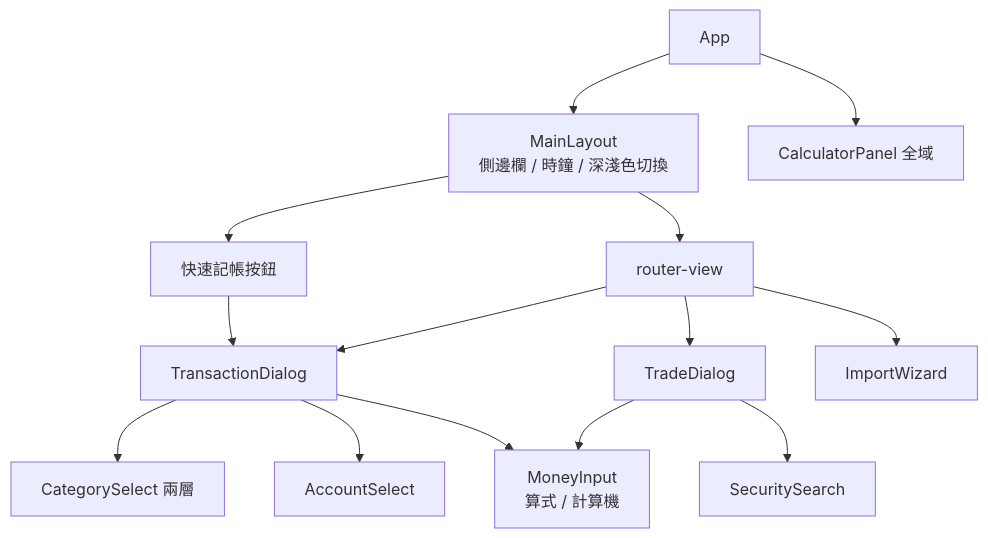
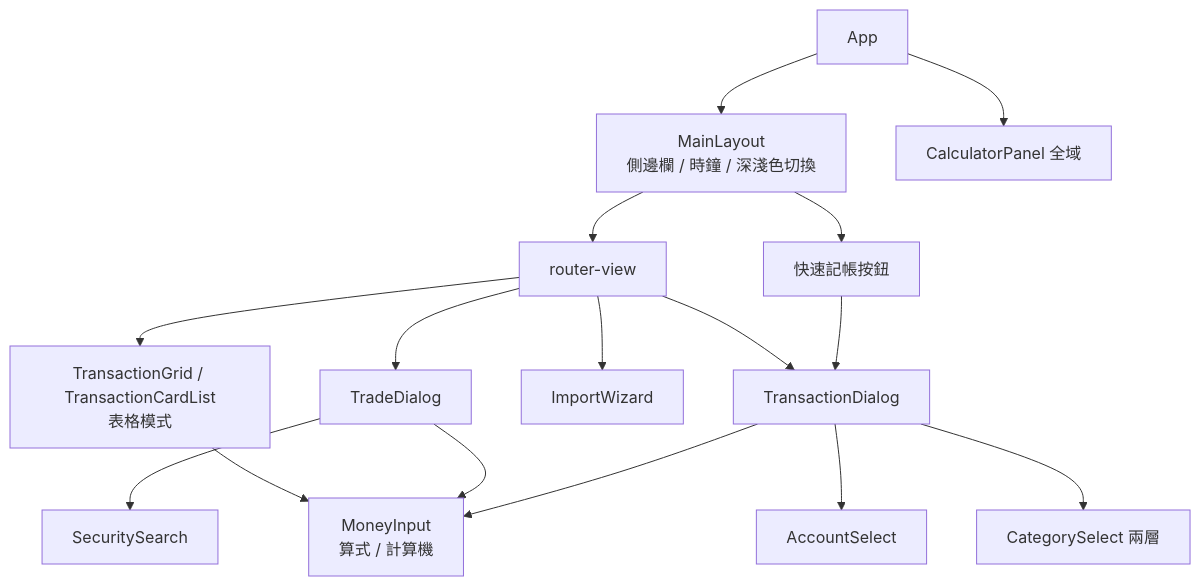
Before and after one commit to alexsuze/do-accounts: the sixth of 6 diagrams in docs/SD.md, drawn with Mermaid. The commit also changed other lines of this file and 1 other file, not shown here.

First line of the commit message:
docs: 新增多筆編輯（表格模式）需求與設計

````diff
--- a/docs/SD.md
+++ b/docs/SD.md
@@ -725,16 +783,18 @@
 ```mermaid
 graph TD
     App --> ML[MainLayout<br/>側邊欄 / 時鐘 / 深淺色切換]
     ML --> RV[router-view]
     ML --> FAB[快速記帳按鈕]
     App --> Calc[CalculatorPanel 全域]
     FAB --> TxDlg[TransactionDialog]
     RV --> TxDlg
     TxDlg --> MI[MoneyInput<br/>算式 / 計算機]
     TxDlg --> AS[AccountSelect]
     TxDlg --> CS[CategorySelect 兩層]
     RV --> TradeDlg[TradeDialog]
     TradeDlg --> SS[SecuritySearch]
     TradeDlg --> MI
     RV --> IW[ImportWizard]
+    RV --> TG[TransactionGrid / TransactionCardList<br/>表格模式]
+    TG --> MI
 ```
````
